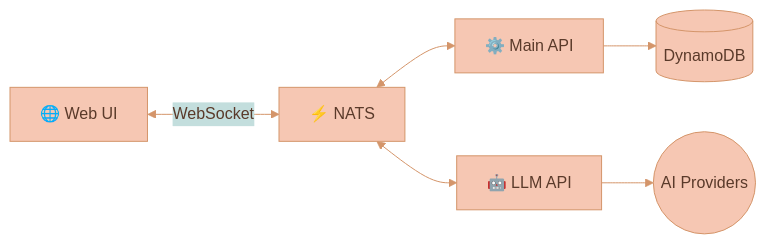
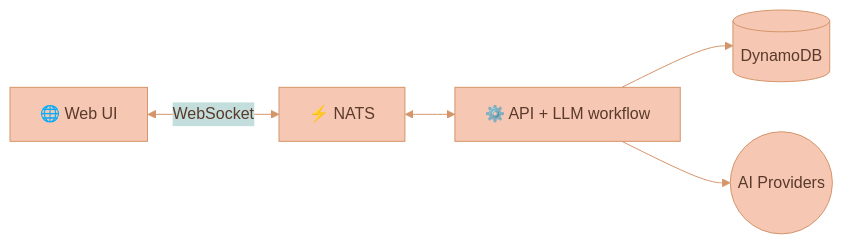
One commit to Lixpi/lixpi changed the first of 5 diagrams in documentation/ARCHITECTURE.md. Above: the diagram before and after it, drawn with Mermaid. The commit also changed other lines of this file and 59 other files, not shown here.

Commit message:
LIX-137 # Migrate LLM orchestration from Python llm-api to TypeScript in-process LangGraph module

````diff
--- a/documentation/ARCHITECTURE.md
+++ b/documentation/ARCHITECTURE.md
@@ -20,9 +21,8 @@
 ```mermaid
 %%{init: {'theme': 'base', 'themeVariables': { 'primaryColor': '#F6C7B3', 'primaryTextColor': '#5a3a2a', 'primaryBorderColor': '#d4956a', 'secondaryColor': '#C3DEDD', 'secondaryTextColor': '#1a3a47', 'secondaryBorderColor': '#4a8a9d', 'tertiaryColor': '#DCECE9', 'tertiaryTextColor': '#1a3a47', 'tertiaryBorderColor': '#82B2C0', 'lineColor': '#d4956a', 'textColor': '#5a3a2a'}}}%%
 flowchart LR
     WebUI["🌐 Web UI"] <-->|WebSocket| NATS["⚡ NATS"]
-    NATS <--> API["⚙️ Main API"]
-    NATS <--> LLM["🤖 LLM API"]
+    NATS <--> API["⚙️ API + LLM workflow"]
     API --> DB[(DynamoDB)]
-    LLM --> AI(("AI Providers"))
+    API --> AI(("AI Providers"))
 ```
````
